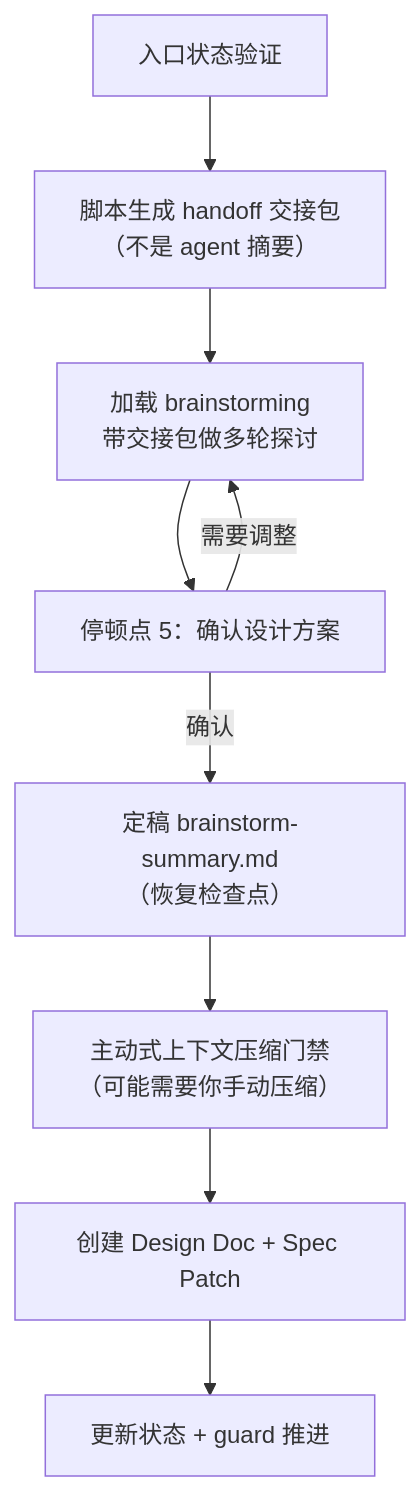
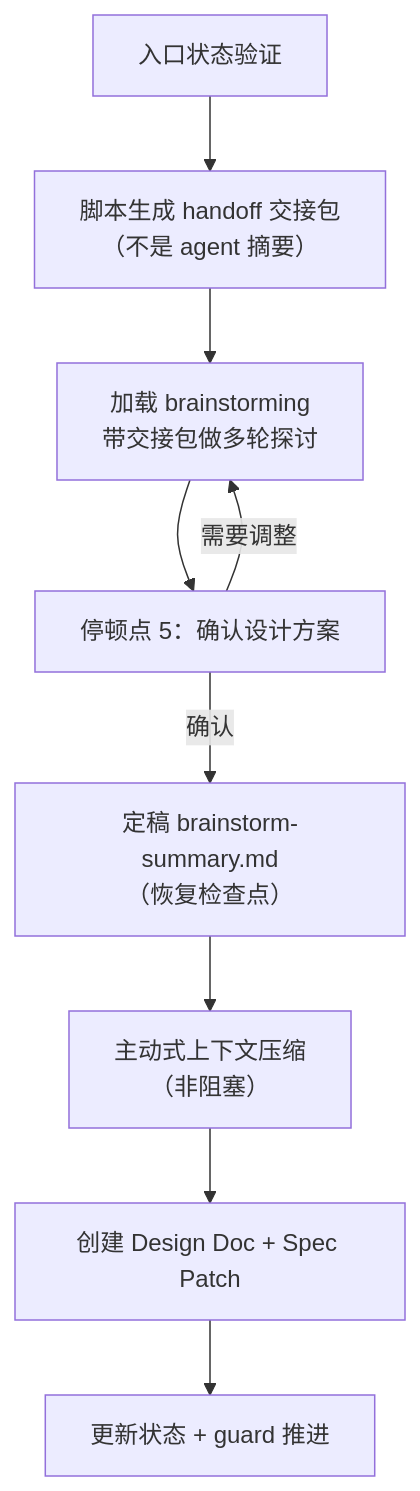
Before and after one commit to rpamis/comet-website-docs: the diagram in zh/phases/design.mdx, drawn with Mermaid. The commit also changed other lines of this file and 74 other files, not shown here.

````diff
--- a/zh/phases/design.mdx
+++ b/zh/phases/design.mdx
@@ -37,11 +37,11 @@
 ```mermaid
 flowchart TD
     Entry["入口状态验证"] --> S1a["脚本生成 handoff 交接包<br/>（不是 agent 摘要）"]
     S1a --> S1b["加载 brainstorming<br/>带交接包做多轮探讨"]
     S1b --> S1c["停顿点 5：确认设计方案"]
     S1c -->|需要调整| S1b
     S1c -->|确认| S1d["定稿 brainstorm-summary.md<br/>（恢复检查点）"]
-    S1d --> S1e["主动式上下文压缩门禁<br/>（可能需要你手动压缩）"]
+    S1d --> S1e["主动式上下文压缩<br/>（非阻塞）"]
     S1e --> S2["创建 Design Doc + Spec Patch"]
     S2 --> S3["更新状态 + guard 推进"]
 ```
````
